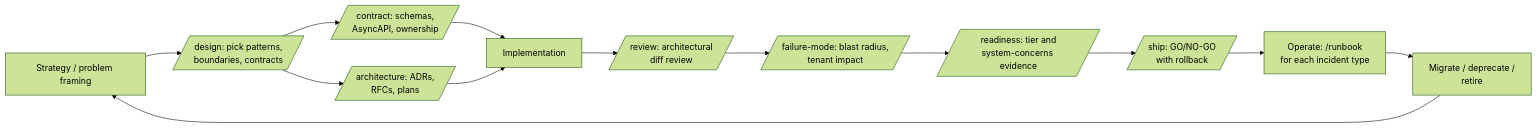
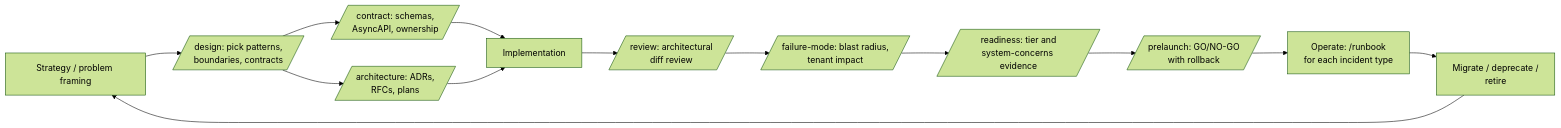
One commit to adibhanna/distributed-systems-patterns changed the diagram in README.md. Above: the diagram before and after it, drawn with Mermaid (forest theme). The commit also changed other lines of this file and 7 other files, not shown here.

First line of the commit message:
v0.5.0: rename /ship to /prelaunch, add /build orchestrator

````diff
--- a/README.md
+++ b/README.md
@@ -132,15 +195,15 @@
 ```mermaid
 flowchart LR
     A[Strategy / problem framing] --> B[/design: pick patterns,<br/>boundaries, contracts/]
     B --> C[/contract: schemas,<br/>AsyncAPI, ownership/]
     B --> D[/architecture: ADRs,<br/>RFCs, plans/]
     C --> E[Implementation]
     D --> E
     E --> F[/review: architectural<br/>diff review/]
     F --> G[/failure-mode: blast radius,<br/>tenant impact/]
     G --> H[/readiness: tier and<br/>system-concerns evidence/]
-    H --> I[/ship: GO/NO-GO<br/>with rollback/]
+    H --> I[/prelaunch: GO/NO-GO<br/>with rollback/]
     I --> J[Operate: /runbook<br/>for each incident type]
     J --> K[Migrate / deprecate /<br/>retire]
     K --> A
 ```
````
